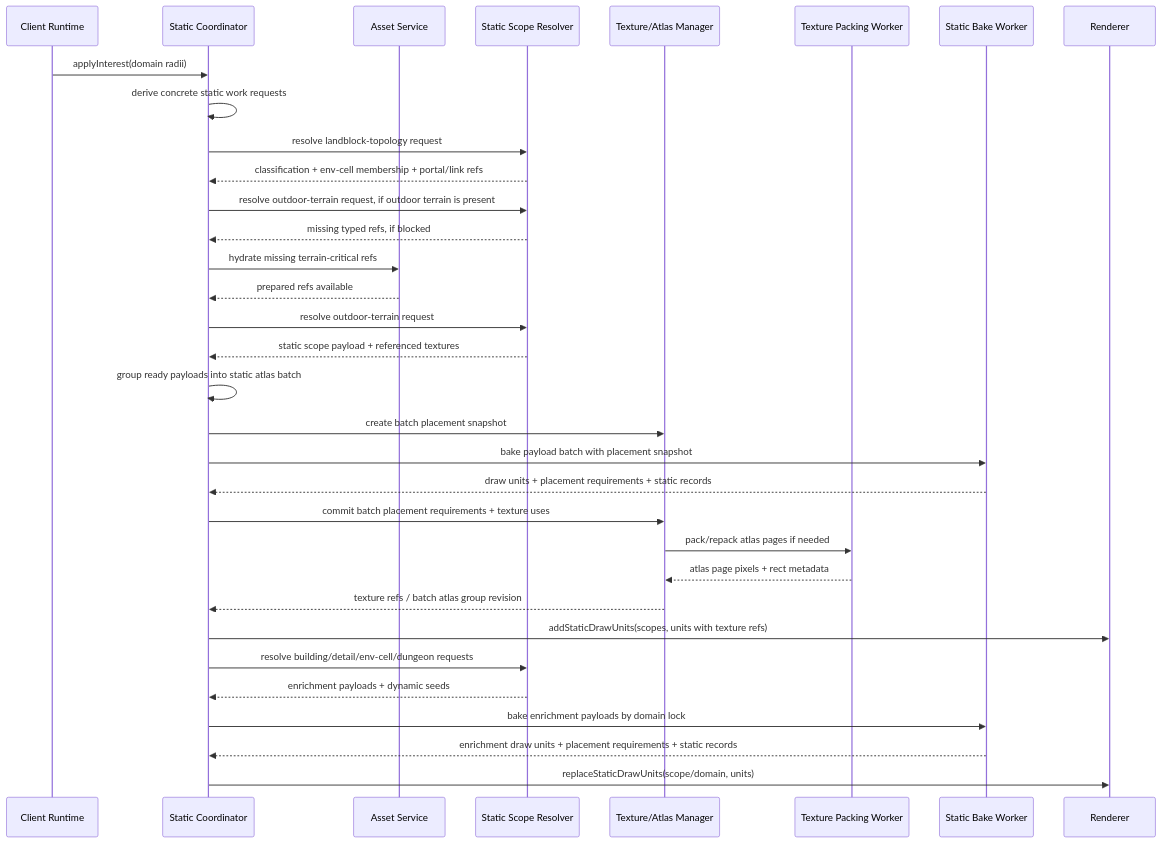
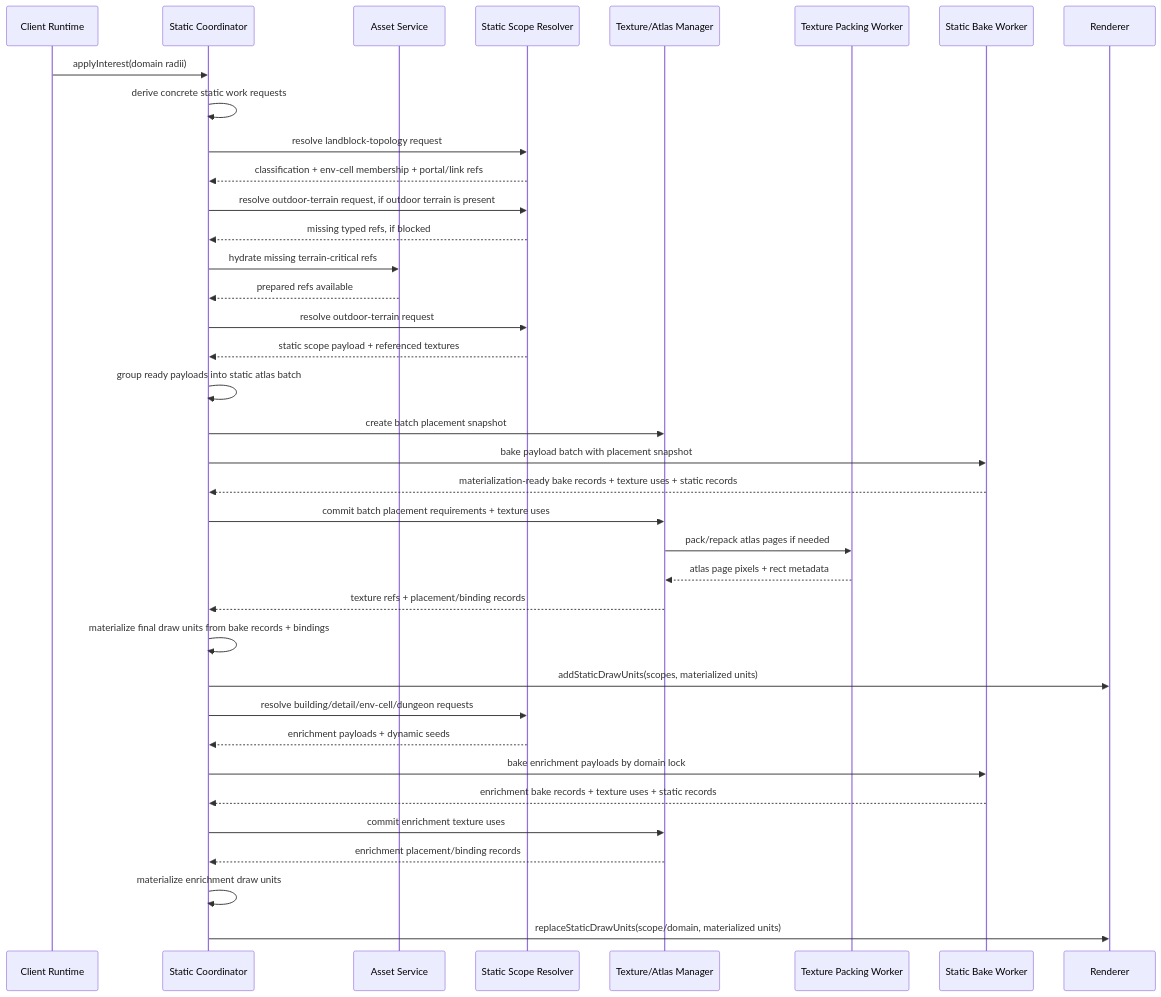
The ninth of 22 diagrams in docs/plans/holtburger-3d-frontend-v2-design.md (merklejerk/holtburger), drawn with Mermaid before and after one commit. The commit also changed other lines of this file and 1 other file, not shown here.

````diff
--- a/docs/plans/holtburger-3d-frontend-v2-design.md
+++ b/docs/plans/holtburger-3d-frontend-v2-design.md
@@ -734,36 +734,40 @@
 ```mermaid
 sequenceDiagram
   participant Runtime as Client Runtime
   participant Static as Static Coordinator
   participant Assets as Asset Service
   participant Resolver as Static Scope Resolver
   participant Textures as Texture/Atlas Manager
   participant Packer as Texture Packing Worker
   participant Baker as Static Bake Worker
   participant Renderer as Renderer
 
   Runtime->>Static: applyInterest(domain radii)
   Static->>Static: derive concrete static work requests
   Static->>Resolver: resolve landblock-topology request
   Resolver-->>Static: classification + env-cell membership + portal/link refs
   Static->>Resolver: resolve outdoor-terrain request, if outdoor terrain is present
   Resolver-->>Static: missing typed refs, if blocked
   Static->>Assets: hydrate missing terrain-critical refs
   Assets-->>Static: prepared refs available
   Static->>Resolver: resolve outdoor-terrain request
   Resolver-->>Static: static scope payload + referenced textures
   Static->>Static: group ready payloads into static atlas batch
   Static->>Textures: create batch placement snapshot
   Static->>Baker: bake payload batch with placement snapshot
-  Baker-->>Static: draw units + placement requirements + static records
+  Baker-->>Static: materialization-ready bake records + texture uses + static records
   Static->>Textures: commit batch placement requirements + texture uses
   Textures->>Packer: pack/repack atlas pages if needed
   Packer-->>Textures: atlas page pixels + rect metadata
-  Textures-->>Static: texture refs / batch atlas group revision
-  Static->>Renderer: addStaticDrawUnits(scopes, units with texture refs)
+  Textures-->>Static: texture refs + placement/binding records
+  Static->>Static: materialize final draw units from bake records + bindings
+  Static->>Renderer: addStaticDrawUnits(scopes, materialized units)
   Static->>Resolver: resolve building/detail/env-cell/dungeon requests
   Resolver-->>Static: enrichment payloads + dynamic seeds
   Static->>Baker: bake enrichment payloads by domain lock
-  Baker-->>Static: enrichment draw units + placement requirements + static records
-  Static->>Renderer: replaceStaticDrawUnits(scope/domain, units)
+  Baker-->>Static: enrichment bake records + texture uses + static records
+  Static->>Textures: commit enrichment texture uses
+  Textures-->>Static: enrichment placement/binding records
+  Static->>Static: materialize enrichment draw units
+  Static->>Renderer: replaceStaticDrawUnits(scope/domain, materialized units)
 ```
````
